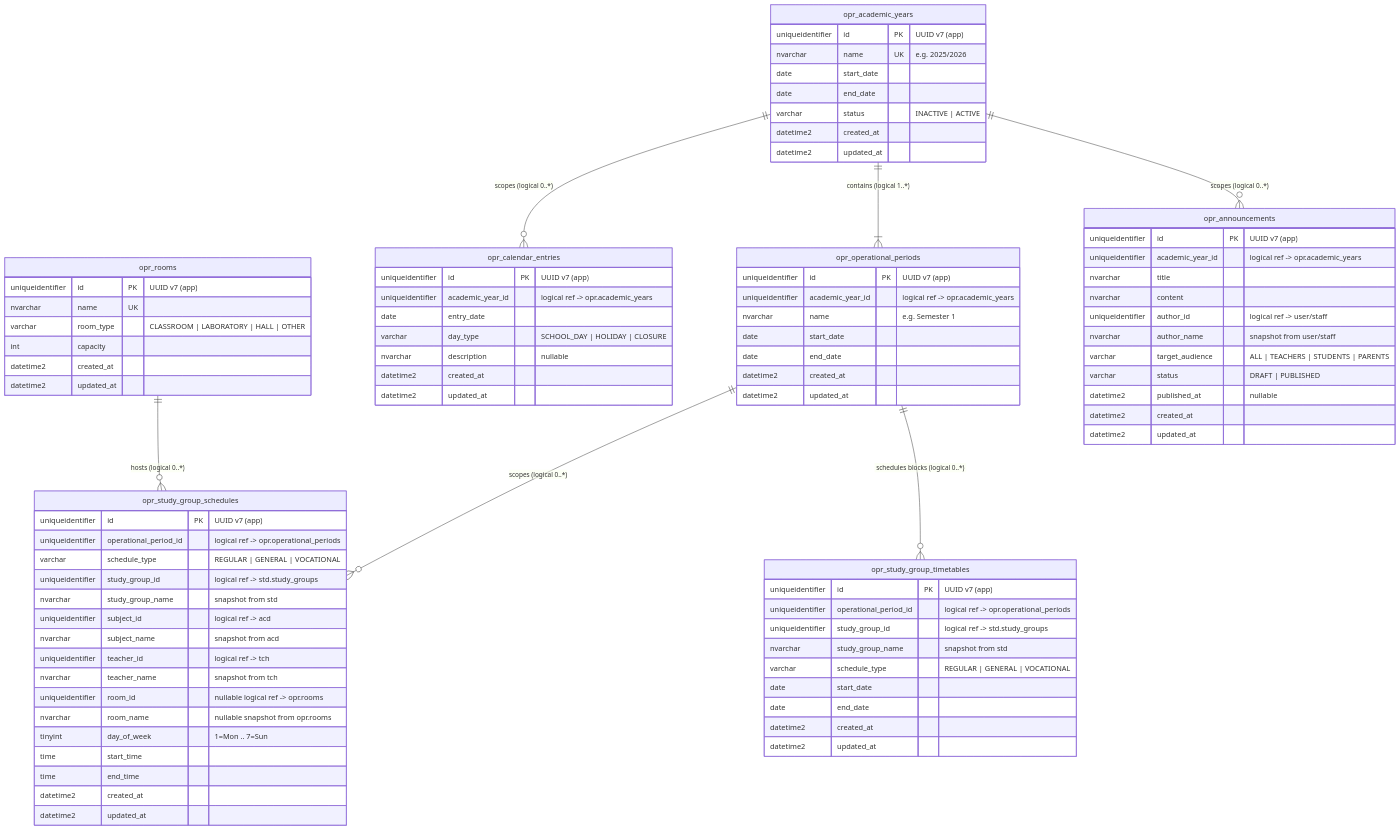
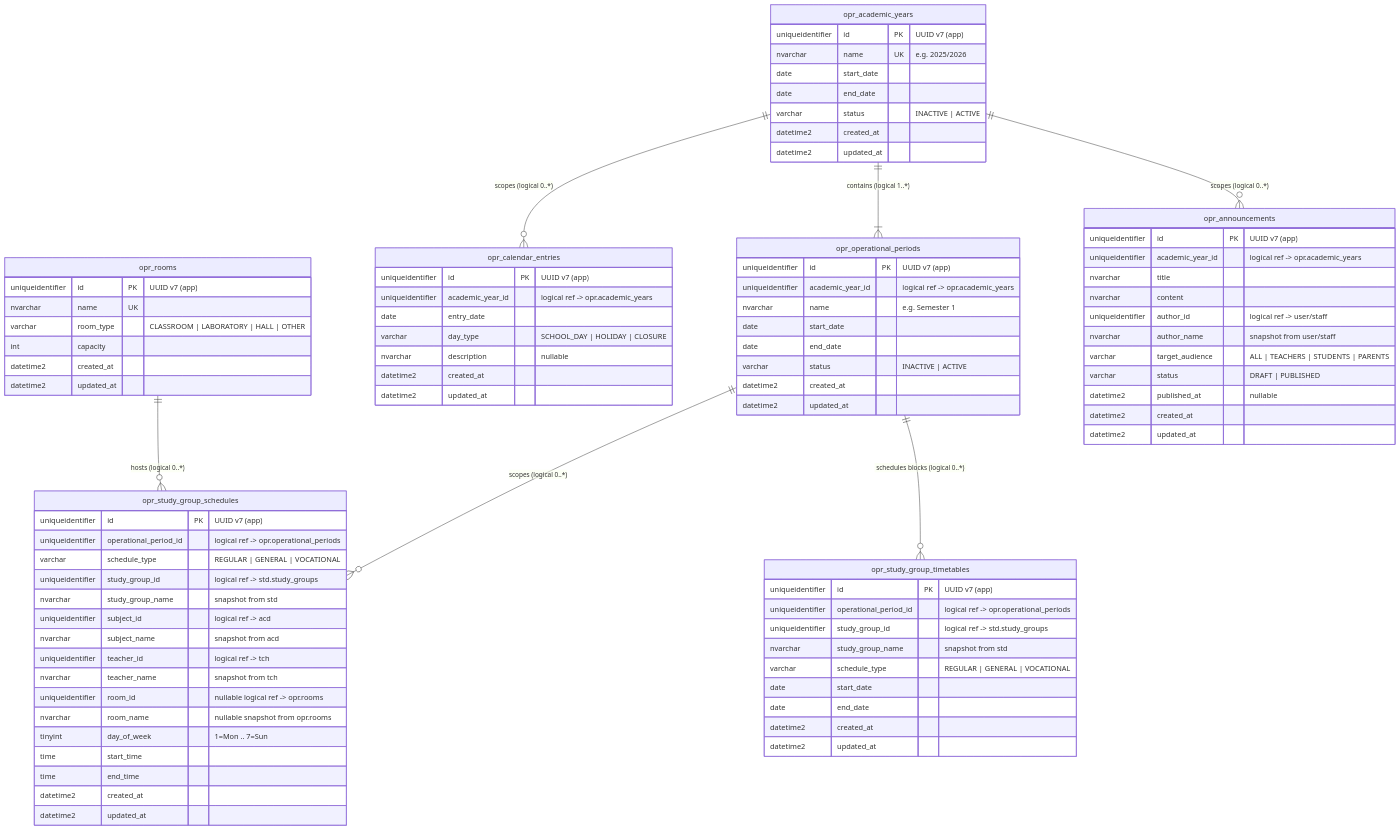
The diagram in docs/architecture/operational-tables-design.md (druryyl/elsasa-sis-v4), drawn with Mermaid before and after one commit. The commit also changed other lines of this file and 192 other files, not shown here.

```diff
--- a/docs/architecture/operational-tables-design.md
+++ b/docs/architecture/operational-tables-design.md
@@ -103,6 +103,7 @@
         nvarchar name "e.g. Semester 1"
         date start_date
         date end_date
+        varchar status "INACTIVE | ACTIVE"
         datetime2 created_at
         datetime2 updated_at
     }
```
